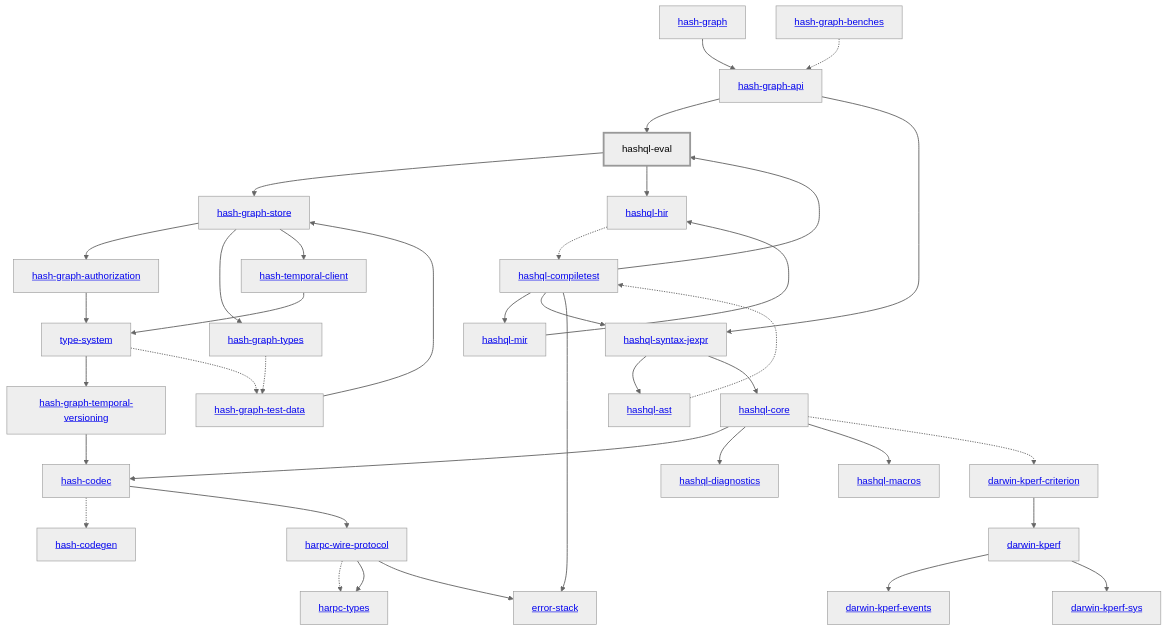
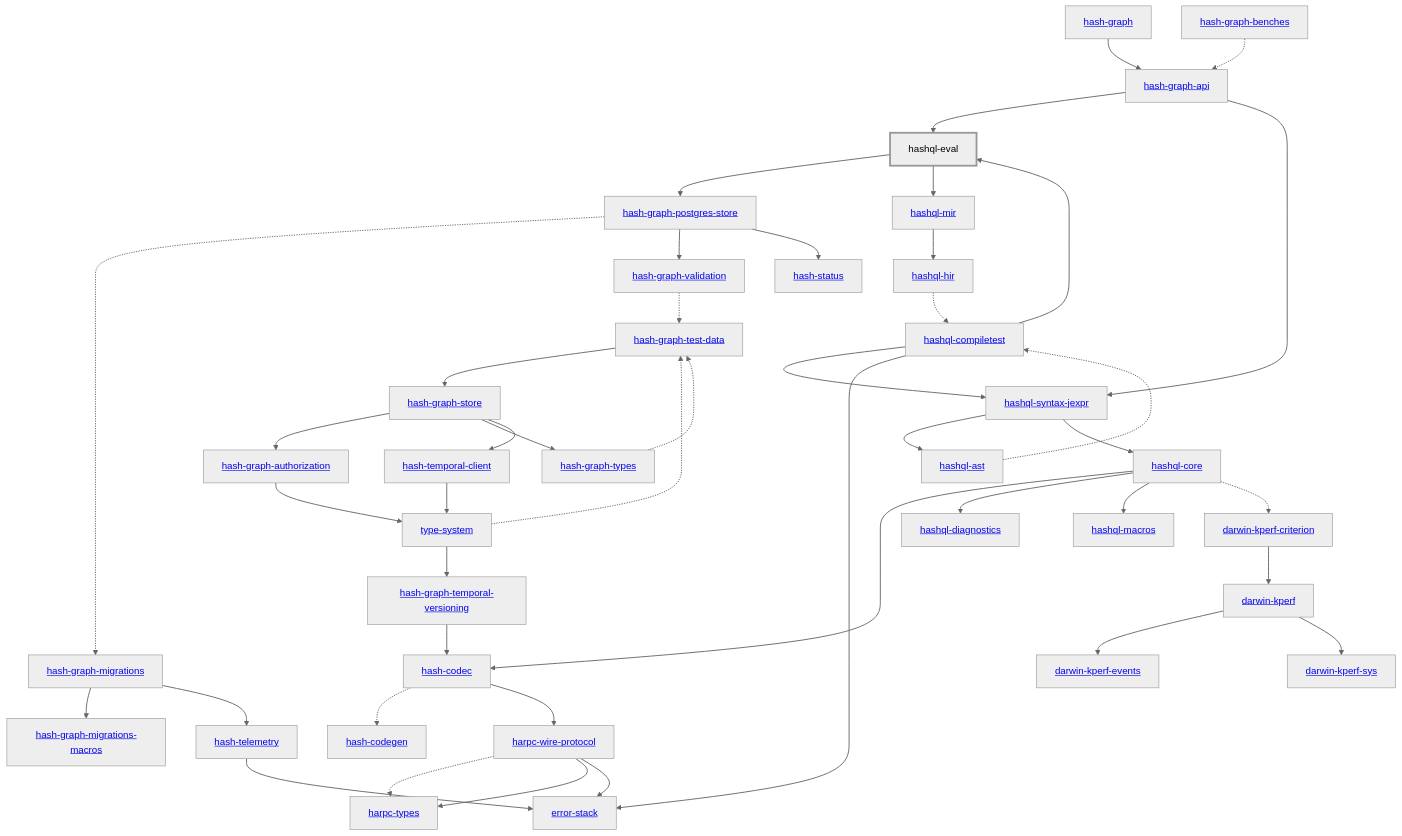
One commit to hashintel/hash changed the diagram in libs/@local/hashql/eval/docs/dependency-diagram.mmd. Above: the diagram before and after it, drawn with Mermaid (neutral theme). The commit also changed 69 other files, not shown here.

```diff
--- a/libs/@local/hashql/eval/docs/dependency-diagram.mmd
+++ b/libs/@local/hashql/eval/docs/dependency-diagram.mmd
@@ -1,76 +1,88 @@
 graph TD
     linkStyle default stroke-width:1.5px
     classDef default stroke-width:1px
     classDef root stroke-width:3px
     classDef dev stroke-width:1px
     classDef build stroke-width:1px
     %% Legend
     %% --> : Normal dependency
     %% -.-> : Dev dependency
     %% ---> : Build dependency
     0[<a href="../hash_graph/index.html">hash-graph</a>]
     1[<a href="../type_system/index.html">type-system</a>]
     2[<a href="../hash_codec/index.html">hash-codec</a>]
     3[<a href="../hash_codegen/index.html">hash-codegen</a>]
     4[<a href="../hash_graph_api/index.html">hash-graph-api</a>]
     5[<a href="../hash_graph_authorization/index.html">hash-graph-authorization</a>]
-    6[<a href="../hash_graph_store/index.html">hash-graph-store</a>]
-    7[<a href="../hash_graph_temporal_versioning/index.html">hash-graph-temporal-versioning</a>]
-    8[<a href="../hash_graph_types/index.html">hash-graph-types</a>]
-    9[<a href="../harpc_types/index.html">harpc-types</a>]
-    10[<a href="../harpc_wire_protocol/index.html">harpc-wire-protocol</a>]
-    11[<a href="../hashql_ast/index.html">hashql-ast</a>]
-    12[<a href="../hashql_compiletest/index.html">hashql-compiletest</a>]
-    13[<a href="../hashql_core/index.html">hashql-core</a>]
-    14[<a href="../hashql_diagnostics/index.html">hashql-diagnostics</a>]
-    15[hashql-eval]
-    class 15 root
-    16[<a href="../hashql_hir/index.html">hashql-hir</a>]
-    17[<a href="../hashql_macros/index.html">hashql-macros</a>]
-    18[<a href="../hashql_mir/index.html">hashql-mir</a>]
-    19[<a href="../hashql_syntax_jexpr/index.html">hashql-syntax-jexpr</a>]
-    20[<a href="../hash_temporal_client/index.html">hash-temporal-client</a>]
-    21[<a href="../darwin_kperf/index.html">darwin-kperf</a>]
-    22[<a href="../darwin_kperf_criterion/index.html">darwin-kperf-criterion</a>]
-    23[<a href="../darwin_kperf_events/index.html">darwin-kperf-events</a>]
-    24[<a href="../darwin_kperf_sys/index.html">darwin-kperf-sys</a>]
-    25[<a href="../error_stack/index.html">error-stack</a>]
-    26[<a href="../hash_graph_benches/index.html">hash-graph-benches</a>]
-    27[<a href="../hash_graph_test_data/index.html">hash-graph-test-data</a>]
+    6[<a href="../hash_graph_migrations/index.html">hash-graph-migrations</a>]
+    7[<a href="../hash_graph_migrations_macros/index.html">hash-graph-migrations-macros</a>]
+    8[<a href="../hash_graph_postgres_store/index.html">hash-graph-postgres-store</a>]
+    9[<a href="../hash_graph_store/index.html">hash-graph-store</a>]
+    10[<a href="../hash_graph_temporal_versioning/index.html">hash-graph-temporal-versioning</a>]
+    11[<a href="../hash_graph_types/index.html">hash-graph-types</a>]
+    12[<a href="../hash_graph_validation/index.html">hash-graph-validation</a>]
+    13[<a href="../harpc_types/index.html">harpc-types</a>]
+    14[<a href="../harpc_wire_protocol/index.html">harpc-wire-protocol</a>]
+    15[<a href="../hashql_ast/index.html">hashql-ast</a>]
+    16[<a href="../hashql_compiletest/index.html">hashql-compiletest</a>]
+    17[<a href="../hashql_core/index.html">hashql-core</a>]
+    18[<a href="../hashql_diagnostics/index.html">hashql-diagnostics</a>]
+    19[hashql-eval]
+    class 19 root
+    20[<a href="../hashql_hir/index.html">hashql-hir</a>]
+    21[<a href="../hashql_macros/index.html">hashql-macros</a>]
+    22[<a href="../hashql_mir/index.html">hashql-mir</a>]
+    23[<a href="../hashql_syntax_jexpr/index.html">hashql-syntax-jexpr</a>]
+    24[<a href="../hash_status/index.html">hash-status</a>]
+    25[<a href="../hash_telemetry/index.html">hash-telemetry</a>]
+    26[<a href="../hash_temporal_client/index.html">hash-temporal-client</a>]
+    27[<a href="../darwin_kperf/index.html">darwin-kperf</a>]
+    28[<a href="../darwin_kperf_criterion/index.html">darwin-kperf-criterion</a>]
+    29[<a href="../darwin_kperf_events/index.html">darwin-kperf-events</a>]
+    30[<a href="../darwin_kperf_sys/index.html">darwin-kperf-sys</a>]
+    31[<a href="../error_stack/index.html">error-stack</a>]
+    32[<a href="../hash_graph_benches/index.html">hash-graph-benches</a>]
+    33[<a href="../hash_graph_test_data/index.html">hash-graph-test-data</a>]
     0 --> 4
-    1 --> 7
-    1 -.-> 27
+    1 --> 10
+    1 -.-> 33
     2 -.-> 3
-    2 --> 10
-    4 --> 15
+    2 --> 14
     4 --> 19
+    4 --> 23
     5 --> 1
-    6 --> 5
-    6 --> 8
-    6 --> 20
-    7 --> 2
-    8 -.-> 27
-    10 -.-> 9
-    10 --> 9
-    10 --> 25
-    11 -.-> 12
-    12 --> 15
-    12 --> 18
-    12 --> 19
-    12 --> 25
-    13 --> 2
-    13 --> 14
-    13 --> 17
-    13 -.-> 22
-    15 --> 6
-    15 --> 16
-    16 -.-> 12
-    18 --> 16
-    19 --> 11
-    19 --> 13
-    20 --> 1
-    21 --> 23
-    21 --> 24
-    22 --> 21
-    26 -.-> 4
-    27 --> 6
+    6 --> 7
+    6 --> 25
+    8 -.-> 6
+    8 --> 12
+    8 --> 24
+    9 --> 5
+    9 --> 11
+    9 --> 26
+    10 --> 2
+    11 -.-> 33
+    12 -.-> 33
+    14 -.-> 13
+    14 --> 13
+    14 --> 31
+    15 -.-> 16
+    16 --> 19
+    16 --> 23
+    16 --> 31
+    17 --> 2
+    17 --> 18
+    17 --> 21
+    17 -.-> 28
+    19 --> 8
+    19 --> 22
+    20 -.-> 16
+    22 --> 20
+    23 --> 15
+    23 --> 17
+    25 --> 31
+    26 --> 1
+    27 --> 29
+    27 --> 30
+    28 --> 27
+    32 -.-> 4
+    33 --> 9
```
